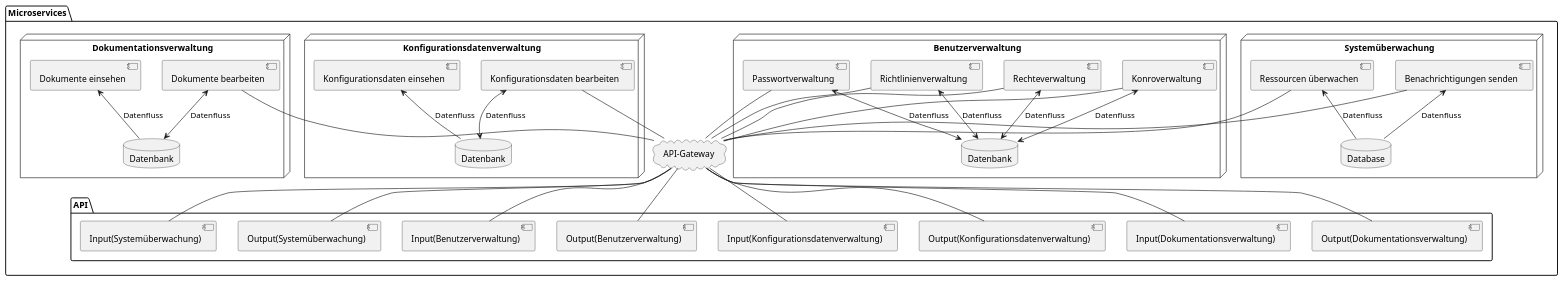
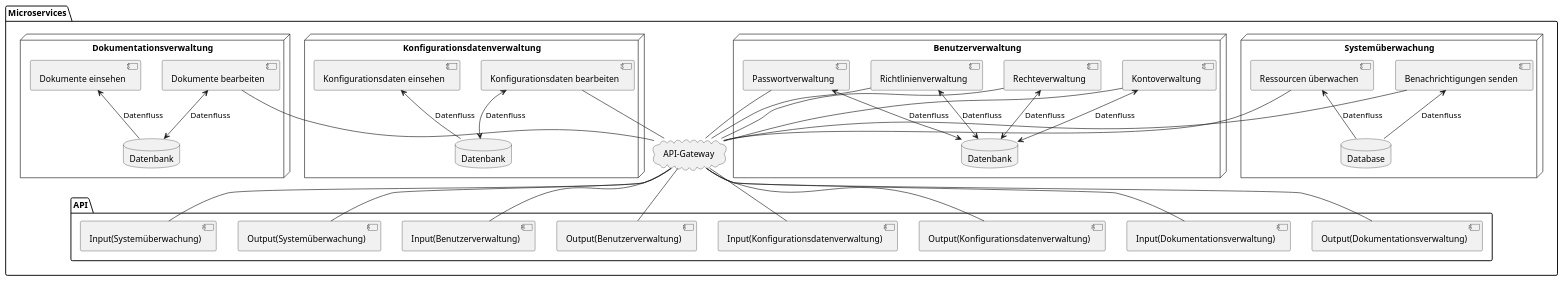
Before and after one commit to fh-erfurt/ss23-kba-project: the second of 7 diagrams in docs/5_system-architecture/system_architecture.md, drawn with PlantUML. The commit also changed other lines of this file, not shown here.

````diff
--- a/docs/5_system-architecture/system_architecture.md
+++ b/docs/5_system-architecture/system_architecture.md
@@ -146,61 +146,61 @@
 ```plantuml Microservices
 @startuml
 
 package "Microservices" {
   node "Systemüberwachung" {
     database "Database" as db1
     [Ressourcen überwachen] <-down- db1 : Datenfluss
     [Benachrichtigungen senden] <-down- db1 : Datenfluss
   }
   node "Benutzerverwaltung" {
     database "Datenbank" as db2
-    [Konroverwaltung] <-down-> db2 : Datenfluss
+    [Kontoverwaltung] <-down-> db2 : Datenfluss
     [Passwortverwaltung] <-down-> db2 : Datenfluss
     [Richtlinienverwaltung] <-down-> db2 : Datenfluss
     [Rechteverwaltung] <-down-> db2 : Datenfluss
   }
   node "Konfigurationsdatenverwaltung" {
     database "Datenbank" as db3
     [Konfigurationsdaten bearbeiten] <-down-> db3 : Datenfluss
     [Konfigurationsdaten einsehen] <-down- db3 : Datenfluss
   }
   node "Dokumentationsverwaltung" {
     database "Datenbank" as db4
     [Dokumente bearbeiten] <-down-> db4 : Datenfluss
     [Dokumente einsehen]  <-down- db4 : Datenfluss
   }
   cloud "API-Gateway"
 
   package "API" {
     [Input(Systemüberwachung)]
     [Output(Systemüberwachung)]
     [Input(Benutzerverwaltung)]
     [Output(Benutzerverwaltung)]
     [Input(Konfigurationsdatenverwaltung)]
     [Output(Konfigurationsdatenverwaltung)]
     [Input(Dokumentationsverwaltung)]
     [Output(Dokumentationsverwaltung)]
   }
 
   [Ressourcen überwachen]  -down- "API-Gateway" 
   [Benachrichtigungen senden] -down- "API-Gateway"
-  [Konroverwaltung] -down- "API-Gateway"
+  [Kontoverwaltung] -down- "API-Gateway"
   [Passwortverwaltung] -down- "API-Gateway"
   [Richtlinienverwaltung] -down- "API-Gateway"
   [Rechteverwaltung] -down- "API-Gateway"
   [Konfigurationsdaten bearbeiten] -down- "API-Gateway"
   [Dokumente bearbeiten] -down- "API-Gateway"
 
   "API-Gateway" -- [Input(Systemüberwachung)]
   "API-Gateway" -- [Output(Systemüberwachung)]
   "API-Gateway" -- [Input(Benutzerverwaltung)]
   "API-Gateway" -- [Output(Benutzerverwaltung)]
   "API-Gateway" -- [Input(Konfigurationsdatenverwaltung)]
   "API-Gateway" -- [Output(Konfigurationsdatenverwaltung)]
   "API-Gateway" -- [Input(Dokumentationsverwaltung)]
   "API-Gateway" -- [Output(Dokumentationsverwaltung)]
 
 }
 
 @enduml
 ```
````
